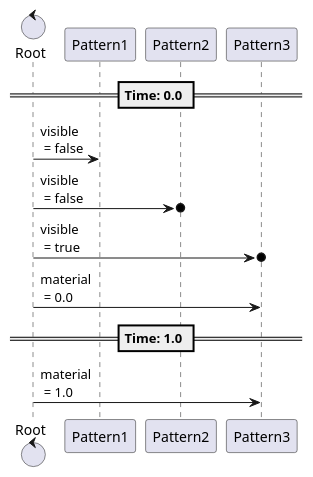
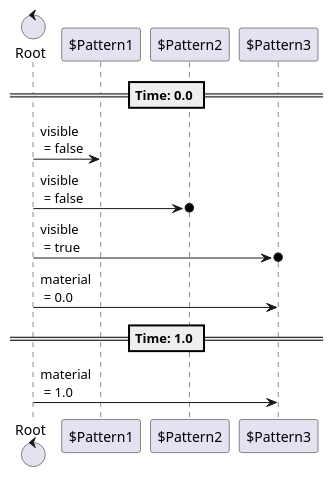
The fifth of 5 diagrams in content/scenes/src/curtain/closing/closing.tscn.adoc (tkmfujise/Platformer-Game-Learning), drawn with PlantUML before and after one commit. The commit also changed other lines of this file and 31 other files, not shown here.

Commit message:
Add prefix $ to node name in animation sequences

```diff
--- a/content/scenes/src/curtain/closing/closing.tscn.adoc
+++ b/content/scenes/src/curtain/closing/closing.tscn.adoc
@@ -144,19 +144,19 @@
 [plantuml]
 ....
-control "Root" as Root
-participant "Pattern1" as T0
-participant "Pattern2" as T1
-participant "Pattern3" as T2
+control "Root" as R
+participant "$Pattern1" as T0
+participant "$Pattern2" as T1
+participant "$Pattern3" as T2
 
 
 
 == Time: 0.0 ==
-Root  ->  T0 : visible\n = false
-Root  ->o  T1 : visible\n = false
-Root  ->o  T2 : visible\n = true
-Root  ->  T2 : material\n = 0.0
+R  ->  T0 : visible\n = false
+R  ->o  T1 : visible\n = false
+R  ->o  T2 : visible\n = true
+R  ->  T2 : material\n = 0.0
 == Time: 1.0 ==
-Root  ->  T2 : material\n = 1.0
+R  ->  T2 : material\n = 1.0
 
 
 ....
```
